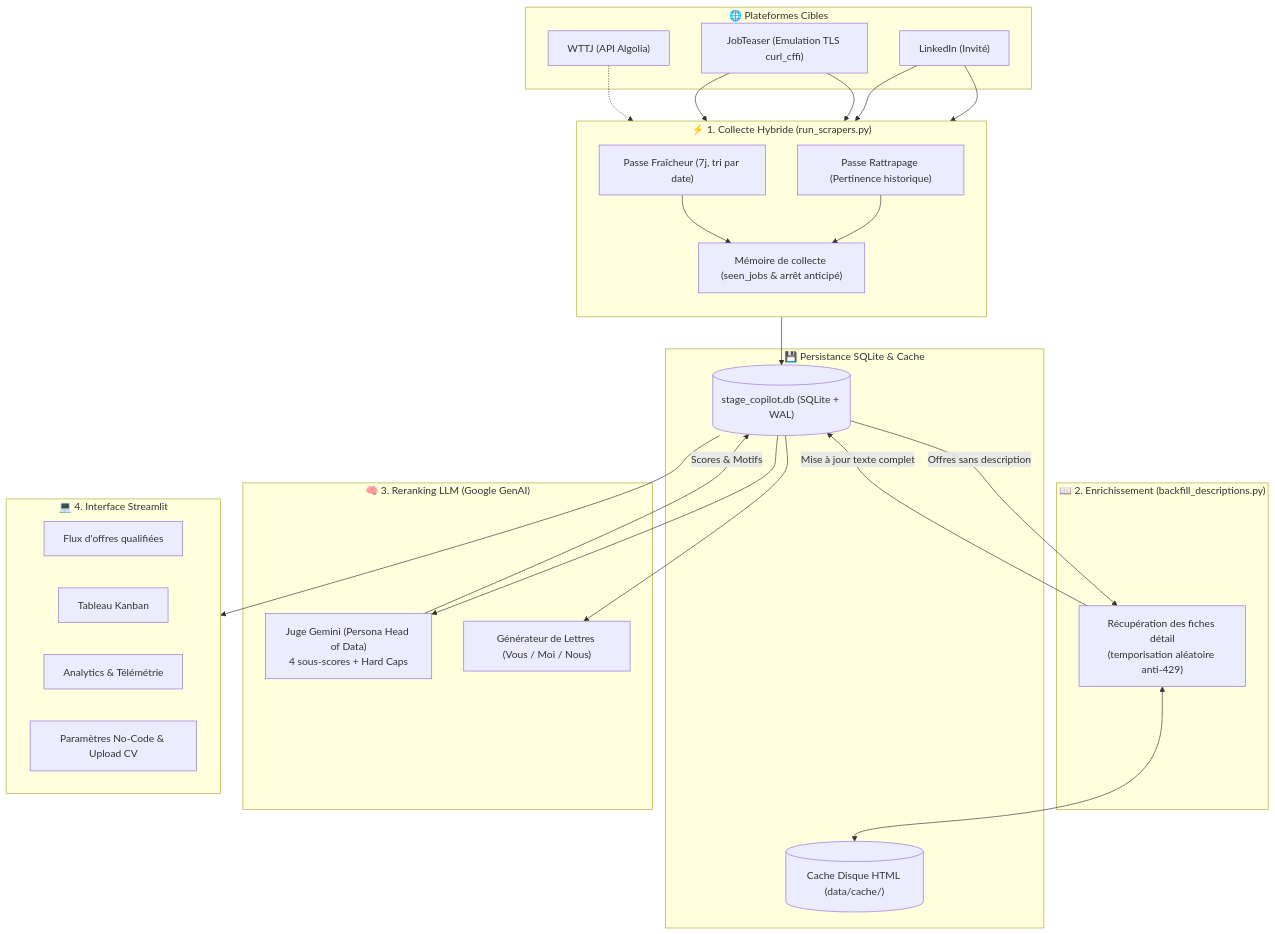
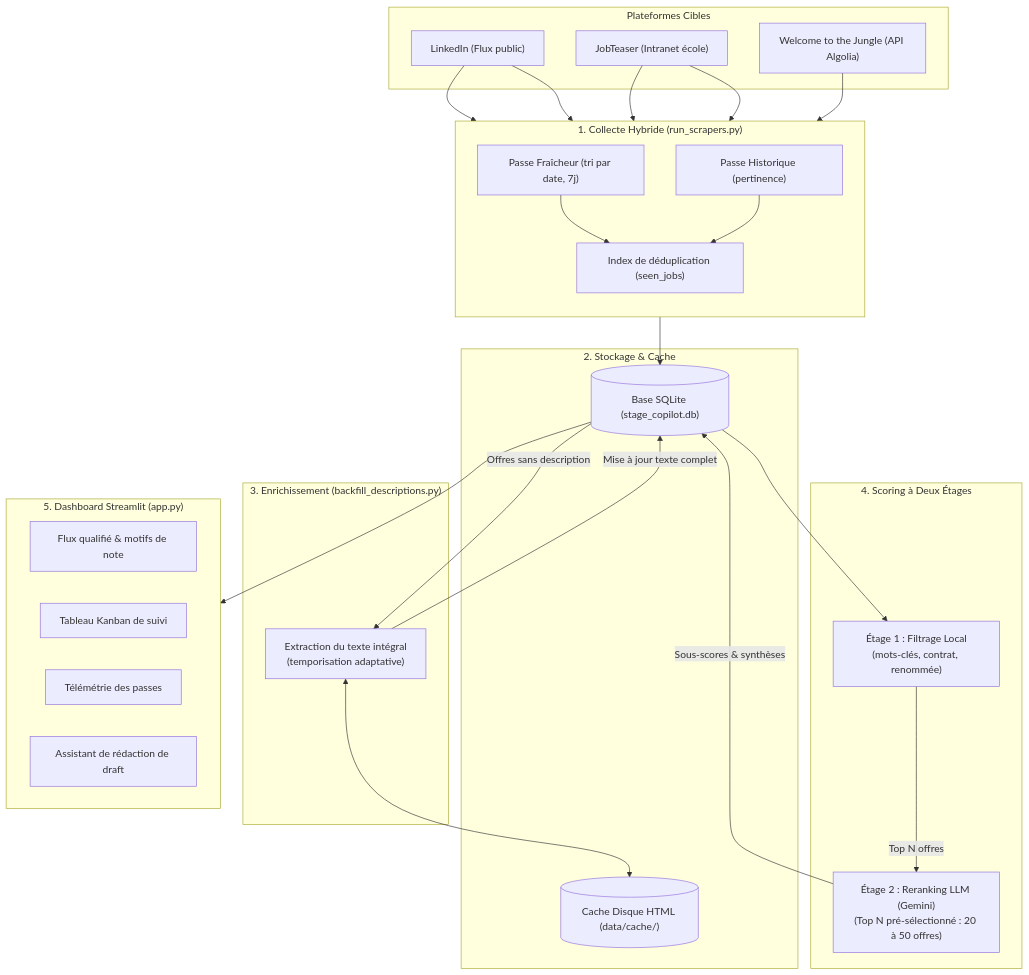
Before and after one commit to eddy-decastro/Assistant_de_recherche_de_stage_IA: the diagram in README.md, drawn with Mermaid. The commit also changed other lines of this file and 2 other files, not shown here.

````diff
--- a/README.md
+++ b/README.md
@@ -98,49 +34,49 @@
 ```mermaid
 flowchart TD
-    subgraph Sources ["🌐 Plateformes Cibles"]
-        LI["LinkedIn (Invité)"]
-        JT["JobTeaser (Emulation TLS curl_cffi)"]
-        WTTJ["WTTJ (API Algolia)"]
+    subgraph Sources ["Plateformes Cibles"]
+        LI["LinkedIn (Flux public)"]
+        JT["JobTeaser (Intranet école)"]
+        WTTJ["Welcome to the Jungle (API Algolia)"]
     end
 
-    subgraph Collecte ["⚡ 1. Collecte Hybride (run_scrapers.py)"]
+    subgraph Collecte ["1. Collecte Hybride (run_scrapers.py)"]
         direction TB
-        F["Passe Fraîcheur (7j, tri par date)"]
-        R["Passe Rattrapage (Pertinence historique)"]
-        MEM["Mémoire de collecte (seen_jobs & arrêt anticipé)"]
+        F["Passe Fraîcheur (tri par date, 7j)"]
+        R["Passe Historique (pertinence)"]
+        MEM["Index de déduplication (seen_jobs)"]
     end
 
-    subgraph Stockage ["💾 Persistance SQLite & Cache"]
-        DB[("stage_copilot.db (SQLite + WAL)")]
+    subgraph Persistance ["2. Stockage & Cache"]
+        DB[("Base SQLite (stage_copilot.db)")]
         CACHE[("Cache Disque HTML (data/cache/)")]
     end
 
-    subgraph Backfill ["📖 2. Enrichissement (backfill_descriptions.py)"]
-        BF["Récupération des fiches détail\n(temporisation aléatoire anti-429)"]
+    subgraph Backfill ["3. Enrichissement (backfill_descriptions.py)"]
+        BF["Extraction du texte intégral\n(temporisation adaptative)"]
     end
 
-    subgraph IA ["🧠 3. Reranking LLM (Google GenAI)"]
-        JUDGE["Juge Gemini (Persona Head of Data)\n4 sous-scores + Hard Caps"]
-        CL["Générateur de Lettres (Vous / Moi / Nous)"]
+    subgraph Scoring ["4. Scoring à Deux Étages"]
+        FILTRE["Étage 1 : Filtrage Local\n(mots-clés, contrat, renommée)"]
+        LLM["Étage 2 : Reranking LLM (Gemini)\n(Top N pré-sélectionné : 20 à 50 offres)"]
     end
 
-    subgraph Dashboard ["💻 4. Interface Streamlit"]
-        UI1["Flux d'offres qualifiées"]
-        UI2["Tableau Kanban"]
-        UI3["Analytics & Télémétrie"]
-        UI4["Paramètres No-Code & Upload CV"]
+    subgraph Interface ["5. Dashboard Streamlit (app.py)"]
+        UI1["Flux qualifié & motifs de note"]
+        UI2["Tableau Kanban de suivi"]
+        UI3["Télémétrie des passes"]
+        UI4["Assistant de rédaction de draft"]
     end
 
     LI --> F & R
     JT --> F & R
-    WTTJ -.-> F
+    WTTJ --> F
     F & R --> MEM
     MEM --> DB
     DB -->|Offres sans description| BF
     BF <--> CACHE
     BF -->|Mise à jour texte complet| DB
-    DB --> JUDGE
-    JUDGE -->|Scores & Motifs| DB
-    DB --> Dashboard
-    DB --> CL
+    DB --> FILTRE
+    FILTRE -->|Top N offres| LLM
+    LLM -->|Sous-scores & synthèses| DB
+    DB --> Interface
 ```
````
